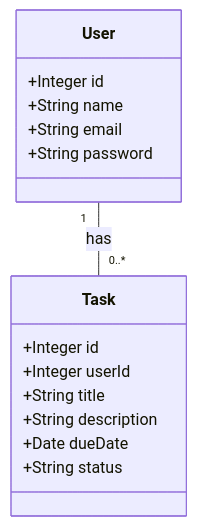
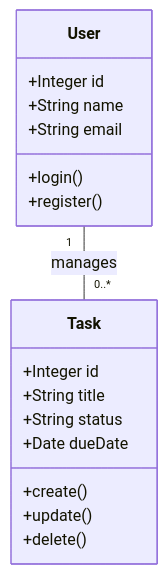
One commit to damar22004-debug/Projek-Uas---Manajemen-Tugas-Kuliah changed the sixth of 7 diagrams in README.md. Above: the diagram before and after it, drawn with Mermaid. The commit also changed other lines of this file, not shown here.

Commit message:
docs: Create comprehensive full-stack README with complete UML diagrams

````diff
--- a/README.md
+++ b/README.md
@@ -80,19 +128,21 @@
 ```mermaid
 classDiagram
     class User {
         +Integer id
         +String name
         +String email
-        +String password
+        +login()
+        +register()
     }
     class Task {
         +Integer id
-        +Integer userId
         +String title
-        +String description
+        +String status
         +Date dueDate
-        +String status
+        +create()
+        +update()
+        +delete()
     }
 
-    User "1" -- "0..*" Task : has
+    User "1" -- "0..*" Task : manages
 ```
````
